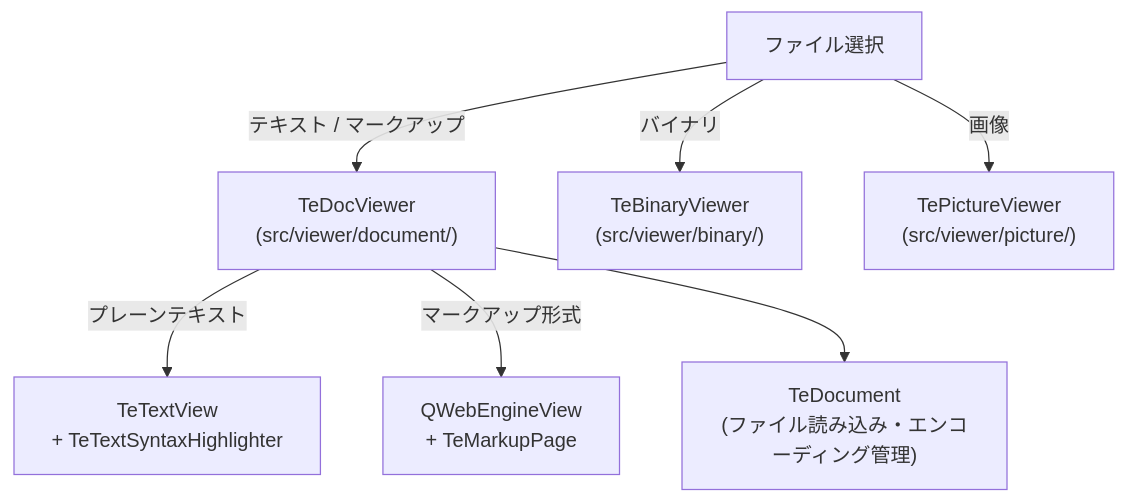
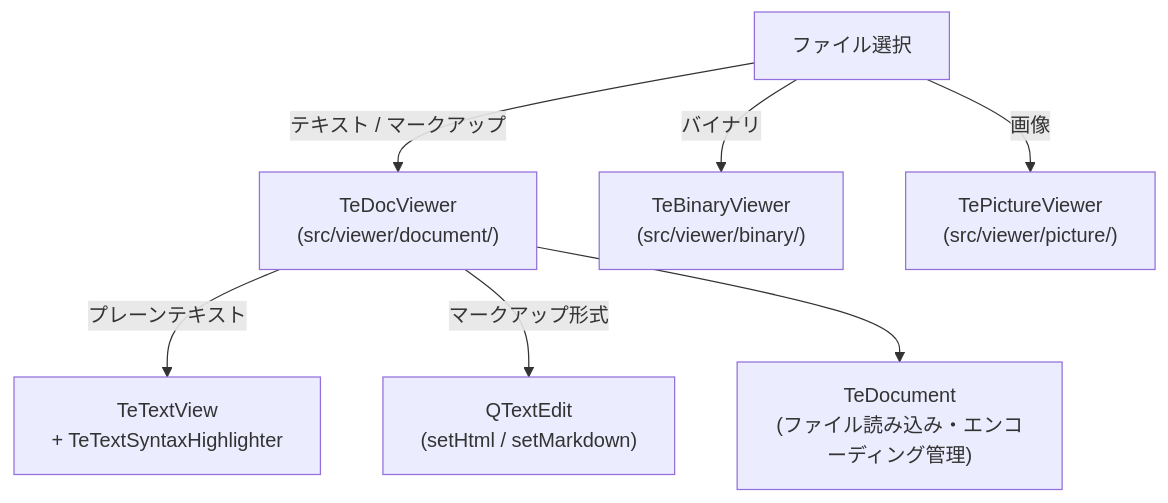
The diagram in doc/markdown/13_viewer.md (takashiK/TableEngine), drawn with Mermaid before and after one commit. The commit also changed other lines of this file and 6 other files, not shown here.

````diff
--- a/doc/markdown/13_viewer.md
+++ b/doc/markdown/13_viewer.md
@@ -15,11 +15,11 @@
 ```mermaid
 graph TD
     FILE["ファイル選択"]
     FILE -->|テキスト / マークアップ| DOC["TeDocViewer\n(src/viewer/document/)"]
     FILE -->|バイナリ| BIN["TeBinaryViewer\n(src/viewer/binary/)"]
     FILE -->|画像| PIC["TePictureViewer\n(src/viewer/picture/)"]
 
     DOC -->|プレーンテキスト| TV["TeTextView\n+ TeTextSyntaxHighlighter"]
-    DOC -->|マークアップ形式| WEB["QWebEngineView\n+ TeMarkupPage"]
+    DOC -->|マークアップ形式| MK["QTextEdit\n(setHtml / setMarkdown)"]
     DOC --> DM["TeDocument\n(ファイル読み込み・エンコーディング管理)"]
 ```
````
